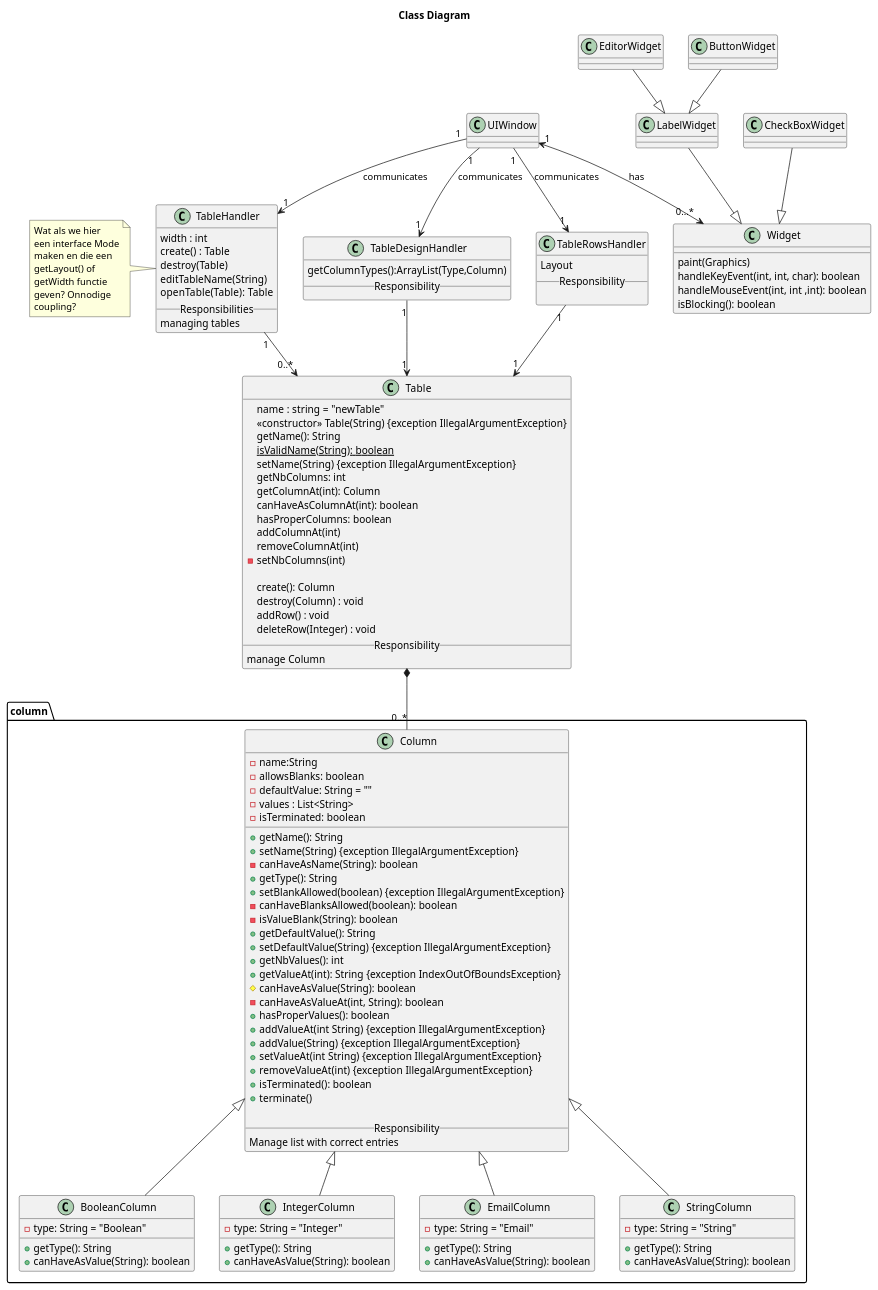
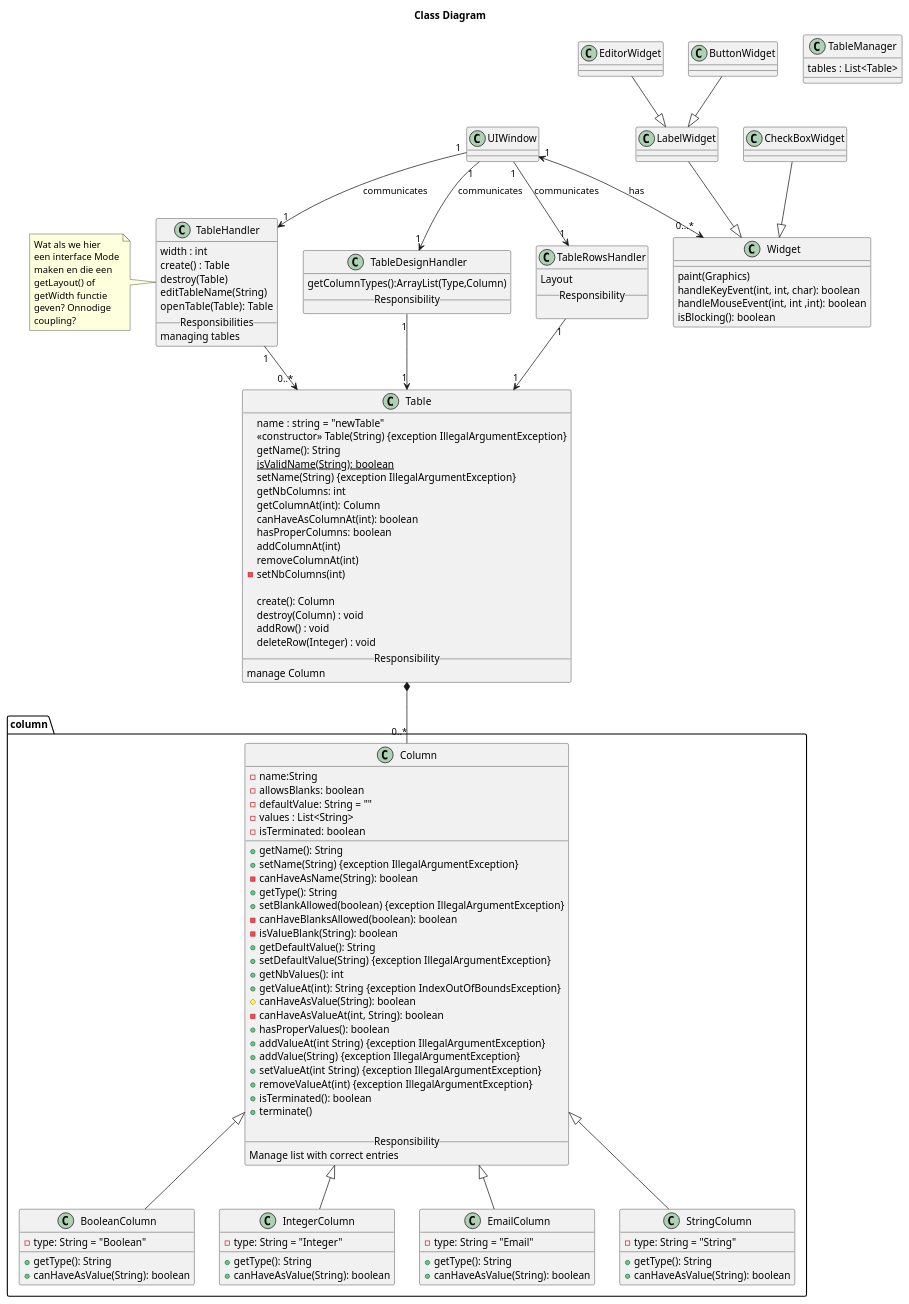
Before and after one commit to Bhamoss/softwareOntwerpProject: the diagram in diagrams/classDiagrams/classDiagramB.puml, drawn with PlantUML. The commit also changed 1 other file, not shown here.

Commit message:
updated class diagram

```diff
--- a/diagrams/classDiagrams/classDiagramB.puml
+++ b/diagrams/classDiagrams/classDiagramB.puml
@@ -1,162 +1,166 @@
 @startuml
 title Class Diagram
 
 class Widget{
     paint(Graphics)
     handleKeyEvent(int, int, char): boolean
     handleMouseEvent(int, int ,int): boolean
     isBlocking(): boolean
 }
 UIWindow "1" <--> "0...*" Widget: has
 
 
 
 class LabelWidget{
 }
 LabelWidget --|> Widget
 
 
 class EditorWidget{
 }
 EditorWidget --|> LabelWidget
 
 class CheckBoxWidget{
 }
 CheckBoxWidget --|> Widget
 class ButtonWidget{
 }
 ButtonWidget --|> LabelWidget
 
 
 
 class UIWindow{
 }
 
 UIWindow "1" --> "1" TableHandler:  communicates
 UIWindow "1" --> "1" TableDesignHandler:  communicates
 UIWindow "1" --> "1" TableRowsHandler:  communicates
 
 
 class TableHandler{
     width : int
     create() : Table
     destroy(Table)
     editTableName(String)
     openTable(Table): Table
     __Responsibilities__
     managing tables
 }
 note left
     Wat als we hier
     een interface Mode
     maken en die een
     getLayout() of
     getWidth functie
     geven? Onnodige
     coupling?
 end note
 TableHandler "1" --> "0..*" Table
 TableDesignHandler "1" --> "1" Table
 TableRowsHandler "1" --> "1" Table
 
 
 class TableDesignHandler{
     getColumnTypes():ArrayList(Type,Column)
 __Responsibility__
 }
 
 class TableRowsHandler{
     Layout
 __Responsibility__
 
+}
+
+class TableManager{
+tables : List<Table>
 }
 
 class Table{
     name : string = "newTable"
     <<constructor>> Table(String) {exception IllegalArgumentException}
     getName(): String
     isValidName(String): boolean {static}
     setName(String) {exception IllegalArgumentException}
     getNbColumns: int
     getColumnAt(int): Column
     canHaveAsColumnAt(int): boolean
     hasProperColumns: boolean
     addColumnAt(int)
     removeColumnAt(int)
     - setNbColumns(int)
 
     create(): Column
     destroy(Column) : void
     addRow() : void
     deleteRow(Integer) : void
 __Responsibility__
 manage Column
 }
 
 package "column" {
 
     Column <|-- BooleanColumn
     Column <|-- IntegerColumn
     Column <|-- EmailColumn
     Column <|-- StringColumn
 
     class Column{
         -name:String
         -allowsBlanks: boolean
         -defaultValue: String = ""
         -values : List<String>
         -isTerminated: boolean
         __
         +getName(): String
         +setName(String) {exception IllegalArgumentException}
         -canHaveAsName(String): boolean
         +getType(): String
         +setBlankAllowed(boolean) {exception IllegalArgumentException}
         -canHaveBlanksAllowed(boolean): boolean
         -isValueBlank(String): boolean
         +getDefaultValue(): String
         +setDefaultValue(String) {exception IllegalArgumentException}
         +getNbValues(): int
         +getValueAt(int): String {exception IndexOutOfBoundsException}
         #canHaveAsValue(String): boolean
         -canHaveAsValueAt(int, String): boolean
         +hasProperValues(): boolean
         +addValueAt(int String) {exception IllegalArgumentException}
         +addValue(String) {exception IllegalArgumentException}
         +setValueAt(int String) {exception IllegalArgumentException}
         +removeValueAt(int) {exception IllegalArgumentException}
         +isTerminated(): boolean
         +terminate()
 
     __Responsibility__
     Manage list with correct entries
     }
 
     Table *-- "0..*" Column
 
     class BooleanColumn{
         -type: String = "Boolean"
         __
         +getType(): String
         +canHaveAsValue(String): boolean
     }
     class StringColumn{
         -type: String = "String"
         __
         +getType(): String
         +canHaveAsValue(String): boolean
     }
     class EmailColumn{
         -type: String = "Email"
         __
         +getType(): String
         +canHaveAsValue(String): boolean
     }
     class IntegerColumn{
         -type: String = "Integer"
         __
         +getType(): String
         +canHaveAsValue(String): boolean
     }
 }
 @enduml
```
